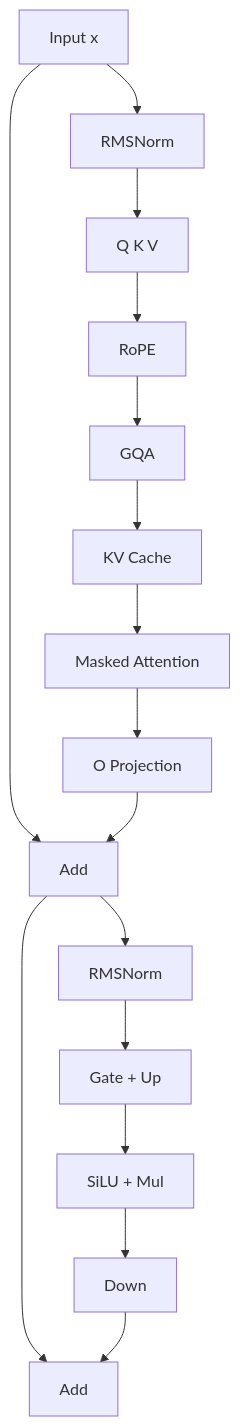
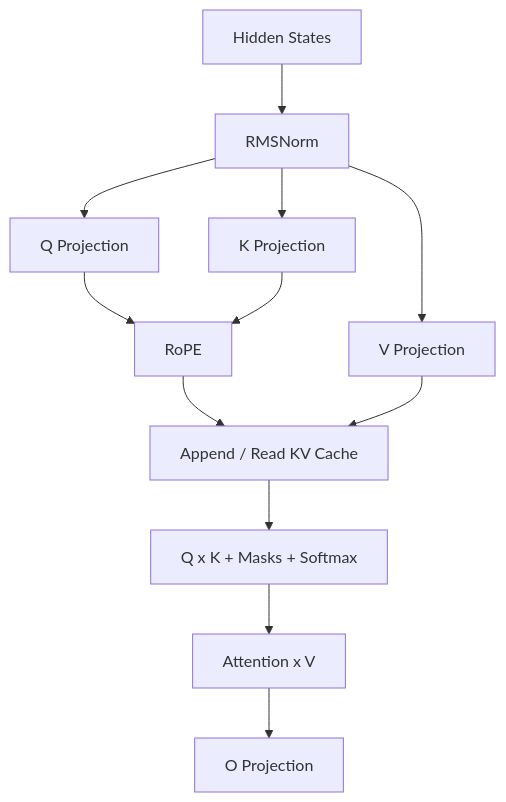
The fifth of 9 diagrams in my/docs/easy_llm_guide.zh-CN.md (eagle-dai/easy_llm.cpp), drawn with Mermaid before and after one commit. The commit also changed other lines of this file, not shown here.

````diff
--- a/my/docs/easy_llm_guide.zh-CN.md
+++ b/my/docs/easy_llm_guide.zh-CN.md
@@ -3554,18 +698,25 @@
 ```mermaid
-flowchart TD
-    A[Input x] --> B[RMSNorm]
-    B --> C[Q K V]
-    C --> D[RoPE]
-    D --> E[GQA]
-    E --> F[KV Cache]
-    F --> G[Masked Attention]
-    G --> H[O Projection]
-    A --> I[Add]
-    H --> I
-    I --> J[RMSNorm]
-    J --> K[Gate + Up]
-    K --> L[SiLU + Mul]
-    L --> M[Down]
-    I --> N[Add]
-    M --> N
+flowchart TB
+    X[Hidden States]
+    N[RMSNorm]
+    Q[Q Projection]
+    K[K Projection]
+    V[V Projection]
+    R[RoPE]
+    C[Append / Read KV Cache]
+    A[Q x K + Masks + Softmax]
+    O[Attention x V]
+    P[O Projection]
+
+    X --> N
+    N --> Q
+    N --> K
+    N --> V
+    Q --> R
+    K --> R
+    R --> C
+    V --> C
+    C --> A
+    A --> O
+    O --> P
 ```
````
